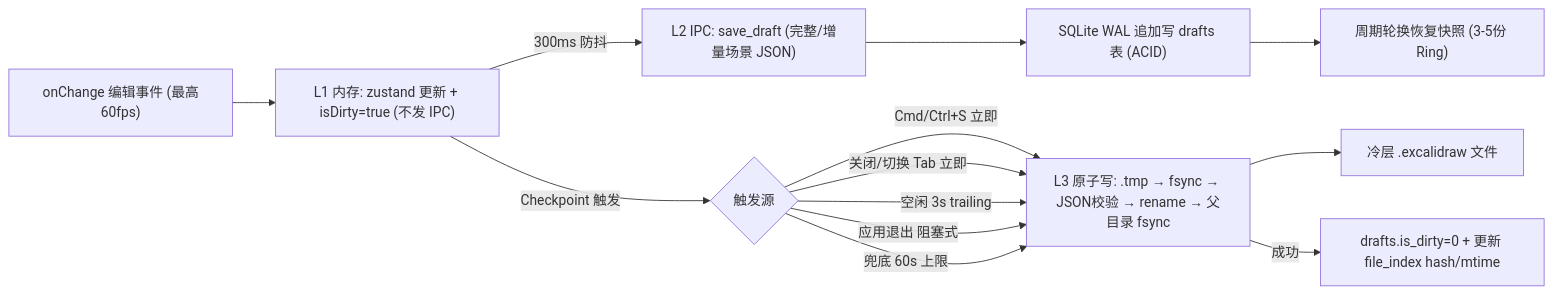
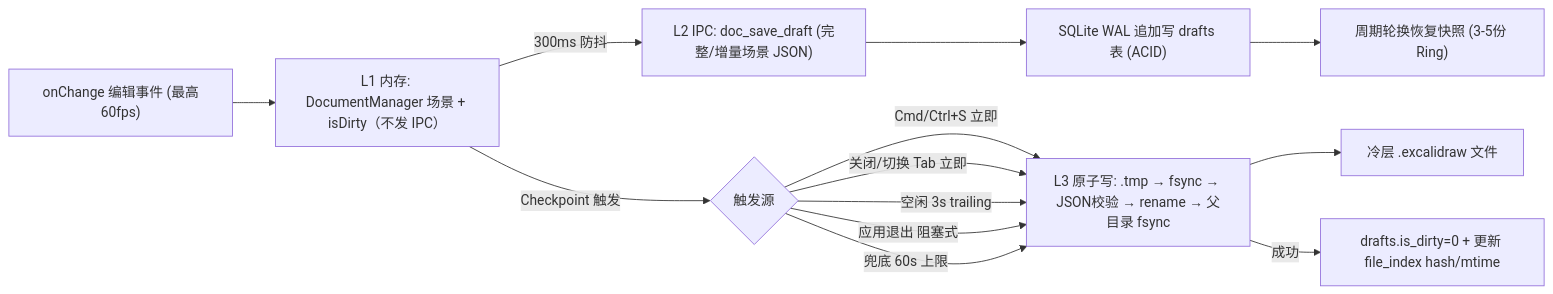
Before and after one commit to ignacioli/excalidraw-desktop: the second of 5 diagrams in docs/architecture.md, drawn with Mermaid. The commit also changed other lines of this file and 25 other files, not shown here.

````diff
--- a/docs/architecture.md
+++ b/docs/architecture.md
@@ -65,15 +83,15 @@
 ```mermaid
 flowchart LR
-    Change["onChange 编辑事件 (最高60fps)"] --> Mem["L1 内存: zustand 更新 + isDirty=true (不发 IPC)"]
-    Mem -->|"300ms 防抖"| DraftIpc["L2 IPC: save_draft (完整/增量场景 JSON)"]
+    Change["onChange 编辑事件 (最高60fps)"] --> Mem["L1 内存: DocumentManager 场景 + isDirty（不发 IPC）"]
+    Mem -->|"300ms 防抖"| DraftIpc["L2 IPC: doc_save_draft (完整/增量场景 JSON)"]
     DraftIpc --> WalWrite["SQLite WAL 追加写 drafts 表 (ACID)"]
     WalWrite --> Snap["周期轮换恢复快照 (3-5份 Ring)"]
     Mem -->|"Checkpoint 触发"| Ckpt{"触发源"}
     Ckpt -->|"Cmd/Ctrl+S 立即"| Atomic
     Ckpt -->|"关闭/切换 Tab 立即"| Atomic
     Ckpt -->|"空闲 3s trailing"| Atomic
     Ckpt -->|"应用退出 阻塞式"| Atomic
     Ckpt -->|"兜底 60s 上限"| Atomic
     Atomic["L3 原子写: .tmp → fsync → JSON校验 → rename → 父目录 fsync"] --> ColdFile["冷层 .excalidraw 文件"]
     Atomic -->|"成功"| MarkClean["drafts.is_dirty=0 + 更新 file_index hash/mtime"]
 ```
````
